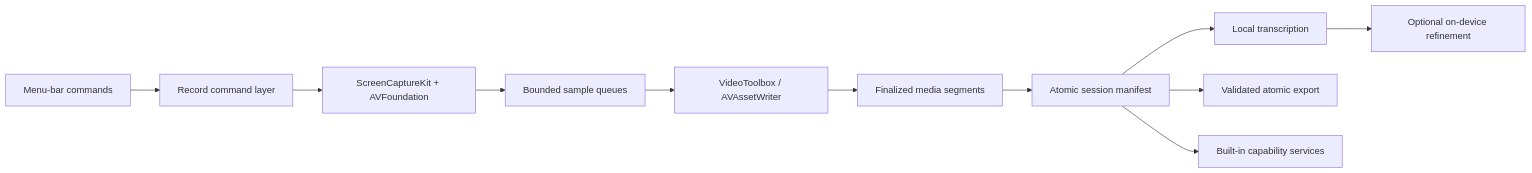
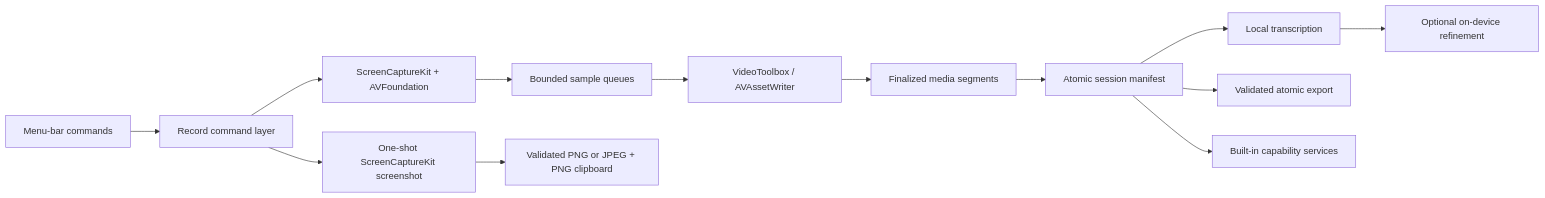
One commit to aindaco1/record changed the first of 2 diagrams in docs/architecture.md. Above: the diagram before and after it, drawn with Mermaid. The commit also changed other lines of this file and 49 other files, not shown here.

First line of the commit message:
Add native screenshot capture for Record 1.3.0 (#63)

````diff
--- a/docs/architecture.md
+++ b/docs/architecture.md
@@ -10,13 +10,15 @@
 ```mermaid
 flowchart LR
     Menu["Menu-bar commands"] --> Command["Record command layer"]
     Command --> Capture["ScreenCaptureKit + AVFoundation"]
     Capture --> Buffers["Bounded sample queues"]
     Buffers --> Encode["VideoToolbox / AVAssetWriter"]
     Encode --> Segments["Finalized media segments"]
     Segments --> Session["Atomic session manifest"]
     Session --> Transcript["Local transcription"]
     Transcript --> Refine["Optional on-device refinement"]
     Session --> Export["Validated atomic export"]
     Session --> Plugins["Built-in capability services"]
+    Command --> Still["One-shot ScreenCaptureKit screenshot"]
+    Still --> Image["Validated PNG or JPEG + PNG clipboard"]
 ```
````
